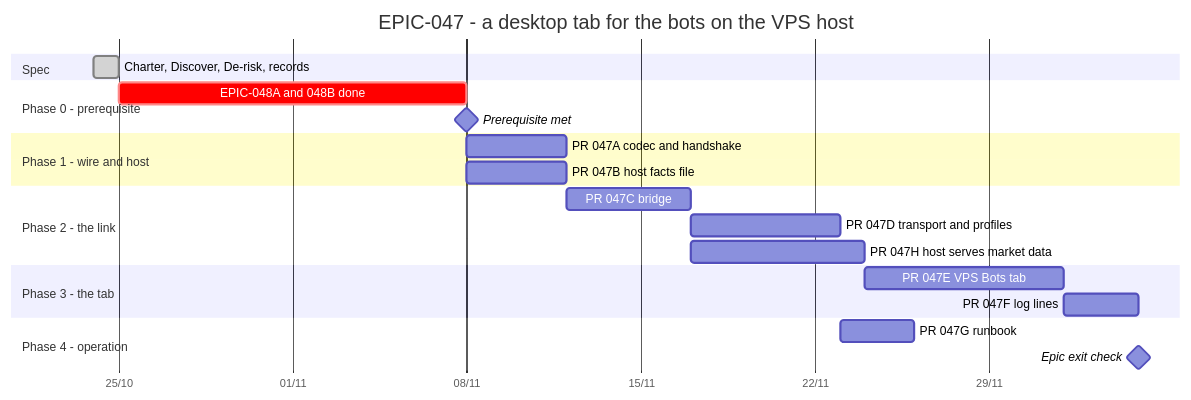
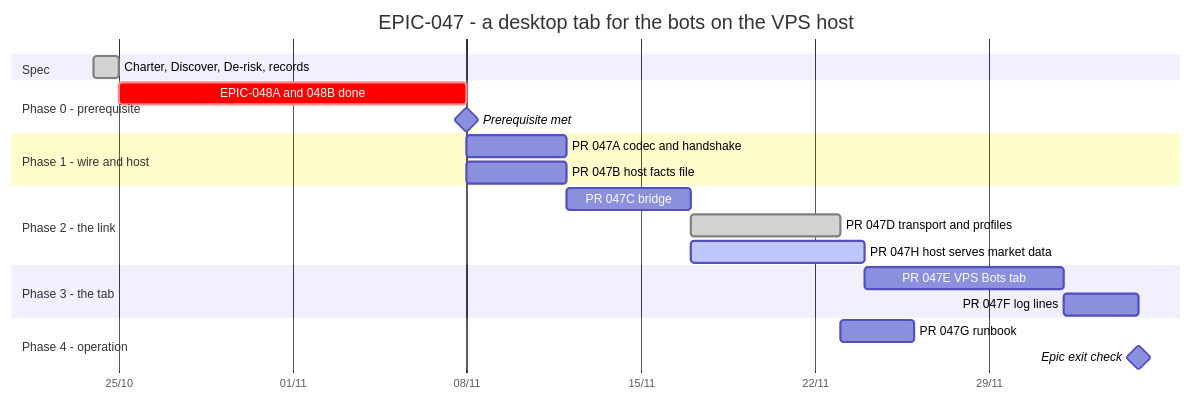
The diagram in Tasks/epics/EPIC-047_vps_bots_tab/TRACKING.md (anhembedded/Sagittarius_Elite_Warrior), drawn with Mermaid before and after one commit. The commit also changed other lines of this file and 130 other files, not shown here.

First line of the commit message:
feat(operations): the host serves market data and refreshed exchange facts to the bridge (EPIC-047H) (#746)

````diff
--- a/Tasks/epics/EPIC-047_vps_bots_tab/TRACKING.md
+++ b/Tasks/epics/EPIC-047_vps_bots_tab/TRACKING.md
@@ -12,31 +12,31 @@
 ```mermaid
 gantt
     title EPIC-047 - a desktop tab for the bots on the VPS host
     dateFormat  YYYY-MM-DD
     axisFormat  %d/%m
     todayMarker stroke-width:2px,stroke:#d33,opacity:0.6
 
     section Spec
     Charter, Discover, De-risk, records   :done,    s1, 2026-10-24, 1d
 
     section Phase 0 - prerequisite
     EPIC-048A and 048B done               :crit,    p0, after s1, 14d
     Prerequisite met                      :milestone, m0, after p0, 0d
 
     section Phase 1 - wire and host
     PR 047A codec and handshake           :         p1, after m0, 4d
     PR 047B host facts file               :         p2, after m0, 4d
 
     section Phase 2 - the link
     PR 047C bridge                        :         p3, after p1, 5d
-    PR 047D transport and profiles        :         p4, after p3, 6d
-    PR 047H host serves market data       :         p8, after p3, 7d
+    PR 047D transport and profiles        :done,    p4, after p3, 6d
+    PR 047H host serves market data       :active,  p8, after p3, 7d
 
     section Phase 3 - the tab
     PR 047E VPS Bots tab                  :         p5, after p4 p8, 8d
     PR 047F log lines                     :         p6, after p5, 3d
 
     section Phase 4 - operation
     PR 047G runbook                       :         p7, after p4, 3d
     Epic exit check                       :milestone, m1, after p6, 0d
 ```
````
